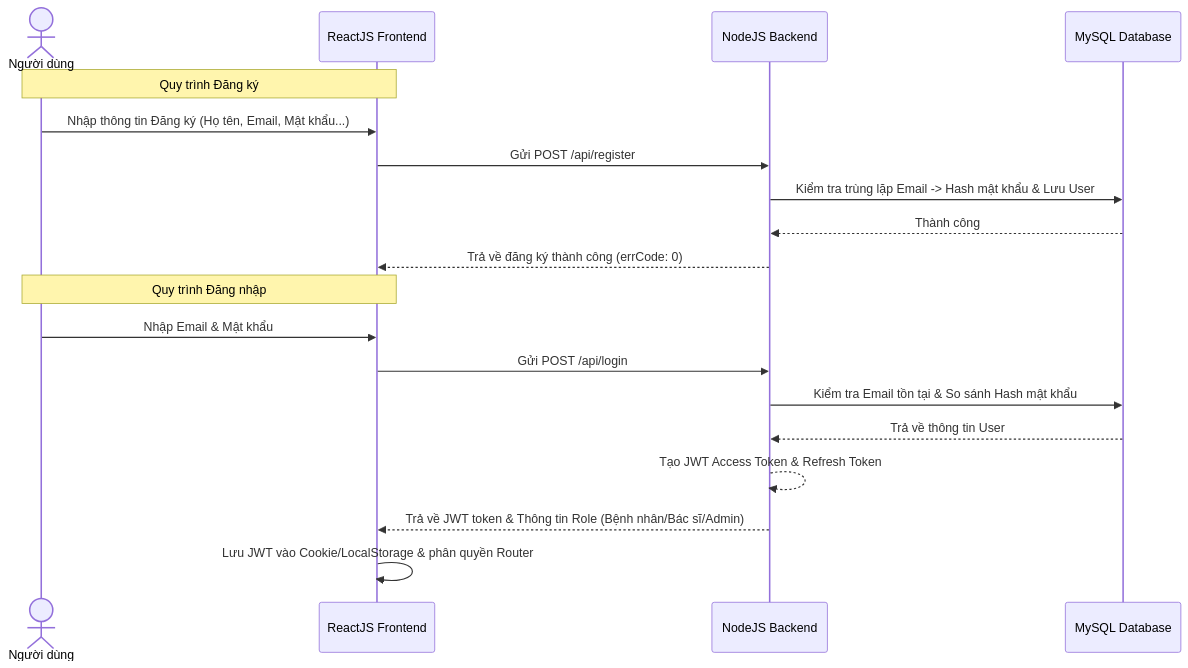
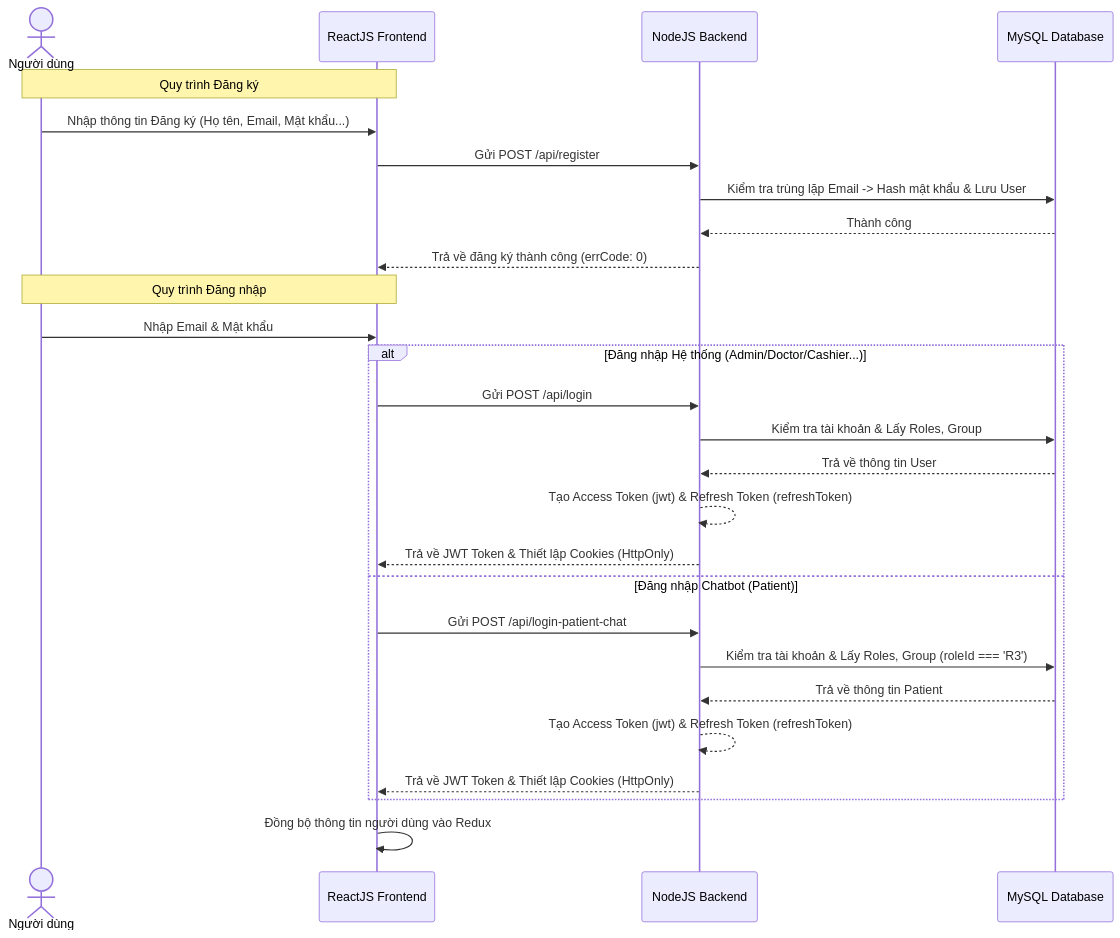
Before and after one commit to TranXuanDuc28/medical-appointment-system: the first of 12 diagrams in docs/workflows.md, drawn with Mermaid. The commit also changed other lines of this file and 2 other files, not shown here.

````diff
--- a/docs/workflows.md
+++ b/docs/workflows.md
@@ -12,25 +12,33 @@
 ```mermaid
 sequenceDiagram
   actor User as Người dùng
   participant Client as ReactJS Frontend
   participant Server as NodeJS Backend
   participant DB as MySQL Database
 
   %% Đăng ký
   Note over User, Client: Quy trình Đăng ký
   User->>Client: Nhập thông tin Đăng ký (Họ tên, Email, Mật khẩu...)
   Client->>Server: Gửi POST /api/register
   Server->>DB: Kiểm tra trùng lặp Email -> Hash mật khẩu & Lưu User
   DB-->>Server: Thành công
   Server-->>Client: Trả về đăng ký thành công (errCode: 0)
 
   %% Đăng nhập
   Note over User, Client: Quy trình Đăng nhập
   User->>Client: Nhập Email & Mật khẩu
-  Client->>Server: Gửi POST /api/login
-  Server->>DB: Kiểm tra Email tồn tại & So sánh Hash mật khẩu
-  DB-->>Server: Trả về thông tin User
-  Server-->>Server: Tạo JWT Access Token & Refresh Token
-  Server-->>Client: Trả về JWT token & Thông tin Role (Bệnh nhân/Bác sĩ/Admin)
-  Client->>Client: Lưu JWT vào Cookie/LocalStorage & phân quyền Router
+  alt Đăng nhập Hệ thống (Admin/Doctor/Cashier...)
+    Client->>Server: Gửi POST /api/login
+    Server->>DB: Kiểm tra tài khoản & Lấy Roles, Group
+    DB-->>Server: Trả về thông tin User
+    Server-->>Server: Tạo Access Token (jwt) & Refresh Token (refreshToken)
+    Server-->>Client: Trả về JWT Token & Thiết lập Cookies (HttpOnly)
+  else Đăng nhập Chatbot (Patient)
+    Client->>Server: Gửi POST /api/login-patient-chat
+    Server->>DB: Kiểm tra tài khoản & Lấy Roles, Group (roleId === 'R3')
+    DB-->>Server: Trả về thông tin Patient
+    Server-->>Server: Tạo Access Token (jwt) & Refresh Token (refreshToken)
+    Server-->>Client: Trả về JWT Token & Thiết lập Cookies (HttpOnly)
+  end
+  Client->>Client: Đồng bộ thông tin người dùng vào Redux
 ```
````
